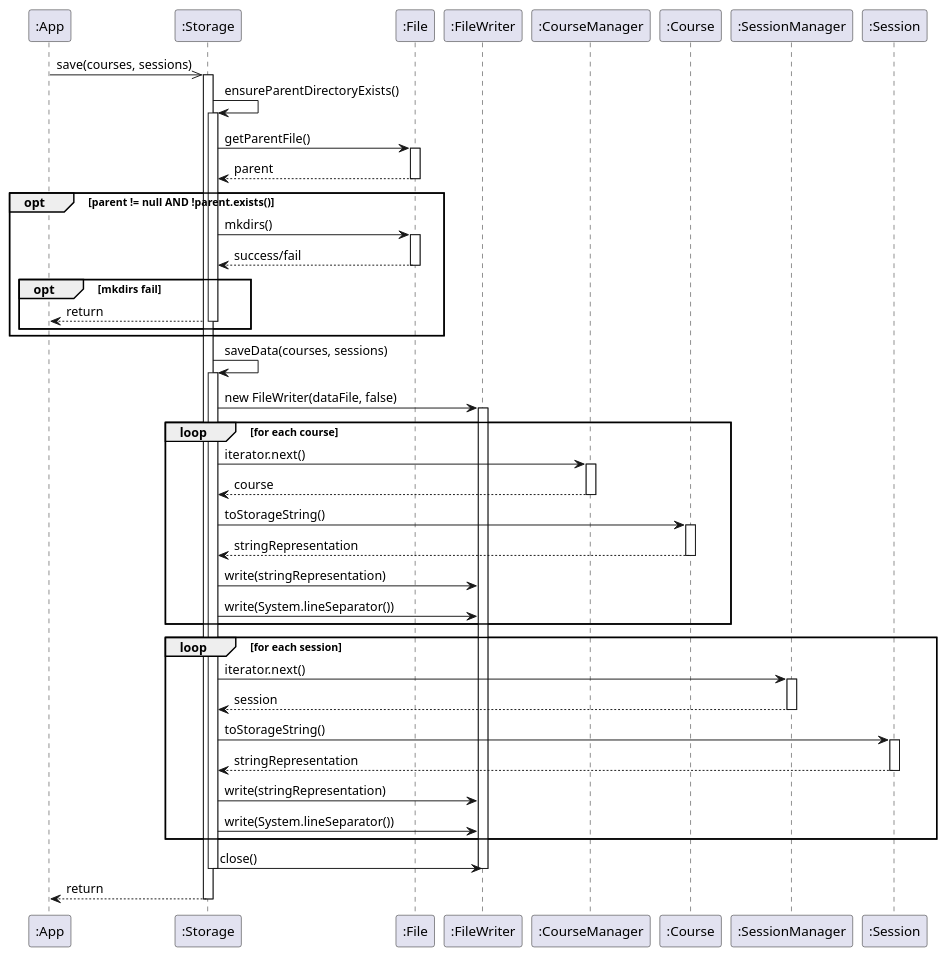
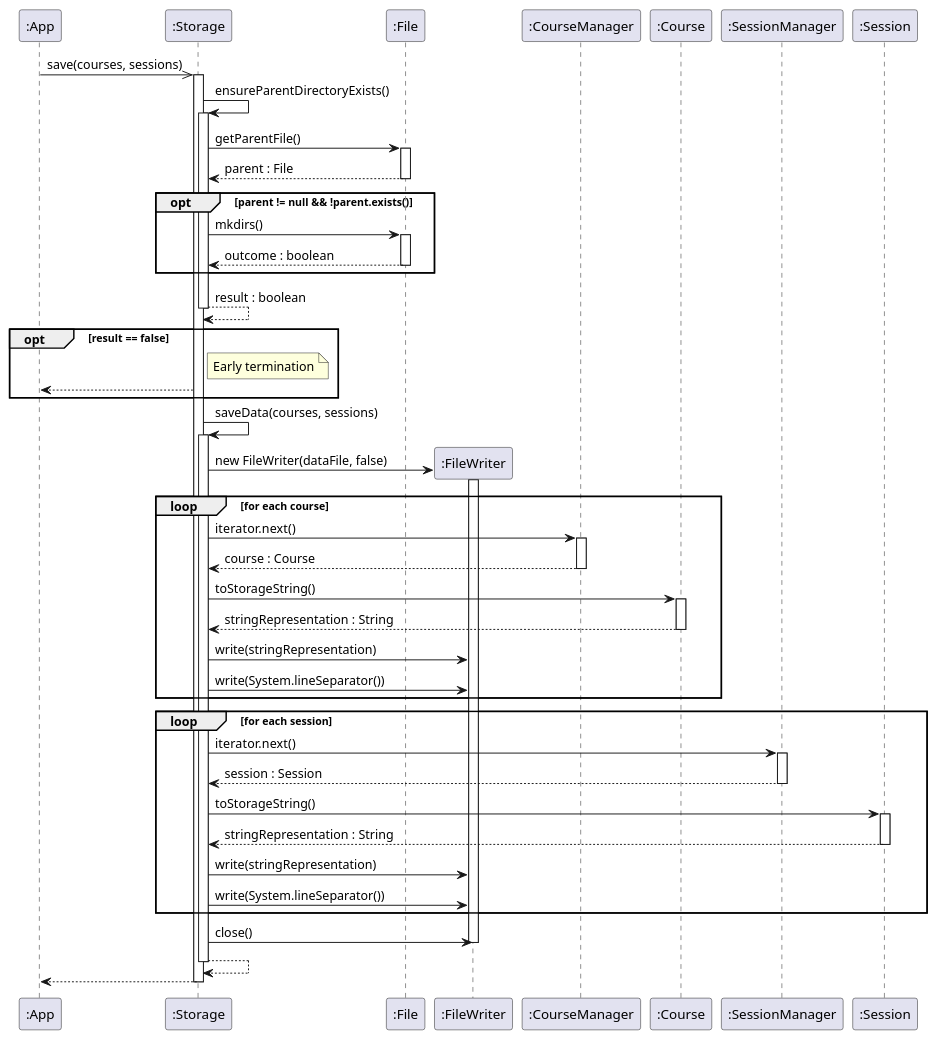
The diagram in docs/diagrams/StorageSaveSequenceDiagram.puml (t-kandasami/tp), drawn with PlantUML before and after one commit. The commit also changed 1 other file, not shown here.

Commit message:
docs: fix Storage Save Sequence Diagram to match the save() function

```diff
--- a/docs/diagrams/StorageSaveSequenceDiagram.puml
+++ b/docs/diagrams/StorageSaveSequenceDiagram.puml
@@ -1,88 +1,90 @@
 @startuml
 'https://plantuml.com/sequence-diagram
 
 participant ":App" as Main
 participant ":Storage" as Storage
 participant ":File" as File
 participant ":FileWriter" as FW
 participant ":CourseManager" as CM
 participant ":Course" as Course
 participant ":SessionManager" as SM
 participant ":Session" as Session
 
 Main ->>Storage: save(courses, sessions)
 activate Storage
 
 Storage -> Storage: ensureParentDirectoryExists()
 activate Storage
 
 Storage -> File: getParentFile()
 activate File
 
-File --> Storage: parent
+File --> Storage: parent : File
 deactivate File
 
-opt parent != null AND !parent.exists()
+opt parent != null && !parent.exists()
     Storage -> File: mkdirs()
     activate File
 
-    File --> Storage: success/fail
+    File --> Storage: outcome : boolean
     deactivate File
+end
 
-    opt mkdirs fail
-        Storage --> Main: return
-        deactivate Storage
-    end
+Storage --> Storage: result : boolean
+deactivate Storage
 
+opt result == false
+    note right of Storage: Early termination
+    Storage --> Main
 end
 
 Storage -> Storage: saveData(courses, sessions)
 activate Storage
 
-Storage -> FW: new FileWriter(dataFile, false)
+Storage -> FW**: new FileWriter(dataFile, false)
 activate FW
 
 loop for each course
     Storage -> CM: iterator.next()
     activate CM
 
-    CM --> Storage: course
+    CM --> Storage: course : Course
     deactivate CM
 
     Storage -> Course: toStorageString()
     activate Course
 
-    Course --> Storage: stringRepresentation
+    Course --> Storage: stringRepresentation : String
     deactivate Course
 
     Storage -> FW: write(stringRepresentation)
     Storage -> FW: write(System.lineSeparator())
 end
 
 loop for each session
     Storage -> SM: iterator.next()
     activate SM
 
-    SM --> Storage: session
+    SM --> Storage: session : Session
     deactivate SM
 
     Storage -> Session: toStorageString()
     activate Session
 
-    Session --> Storage: stringRepresentation
+    Session --> Storage: stringRepresentation : String
     deactivate Session
 
     Storage -> FW: write(stringRepresentation)
     Storage -> FW: write(System.lineSeparator())
 end
 
 Storage -> FW: close()
 deactivate FW
 
+Storage --> Storage
 deactivate Storage
 
-Storage --> Main: return
+Storage --> Main
 deactivate Storage
 
-
 @enduml
```
